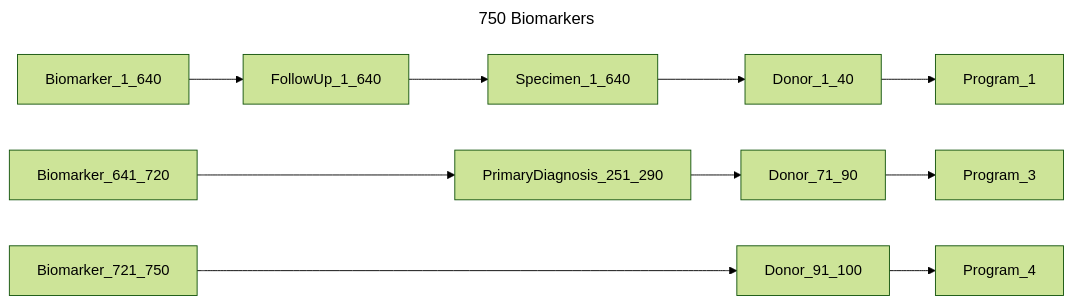
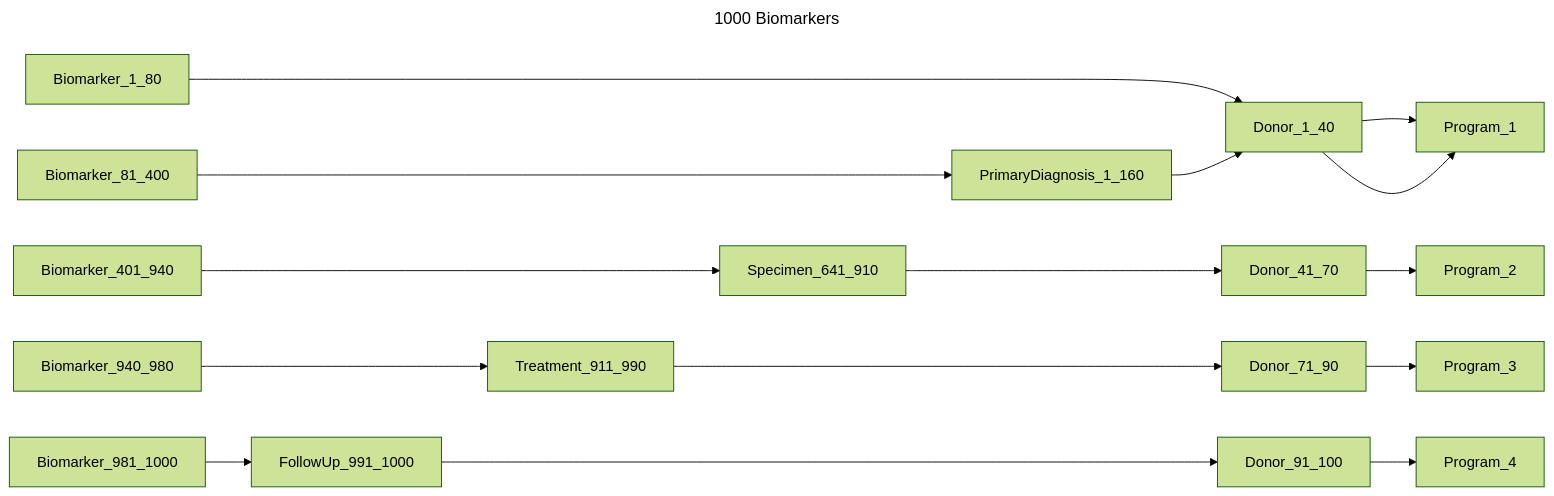
Diagram 12 of 14 in chord_metadata_service/mohpackets/data/medium_dataset/README.md (bento-platform/katsu), drawn with Mermaid (forest theme) before and after one commit. The commit also changed other lines of this file, not shown here.

````diff
--- a/chord_metadata_service/mohpackets/data/medium_dataset/README.md
+++ b/chord_metadata_service/mohpackets/data/medium_dataset/README.md
@@ -143,9 +143,12 @@
 ```mermaid
 ---
-title: 750 Biomarkers
+title: 1000 Biomarkers
 ---
 graph LR;  
-  Biomarker_1_640 --> FollowUp_1_640 --> Specimen_1_640 --> Donor_1_40 --> Program_1;
-  Biomarker_641_720 ---> PrimaryDiagnosis_251_290 --> Donor_71_90 --> Program_3;
-  Biomarker_721_750 ----> Donor_91_100 --> Program_4; 
+  Biomarker_1_80 ------> Donor_1_40 --> Program_1;
+  Biomarker_81_400 -----> PrimaryDiagnosis_1_160 --> Donor_1_40 --> Program_1;
+  Biomarker_401_940 ----> Specimen_641_910 ---> Donor_41_70 --> Program_2;
+  Biomarker_940_980 ---> Treatment_911_990 ----> Donor_71_90 --> Program_3;
+  Biomarker_981_1000 --> FollowUp_991_1000 -----> Donor_91_100 --> Program_4;
+
 ```
````
